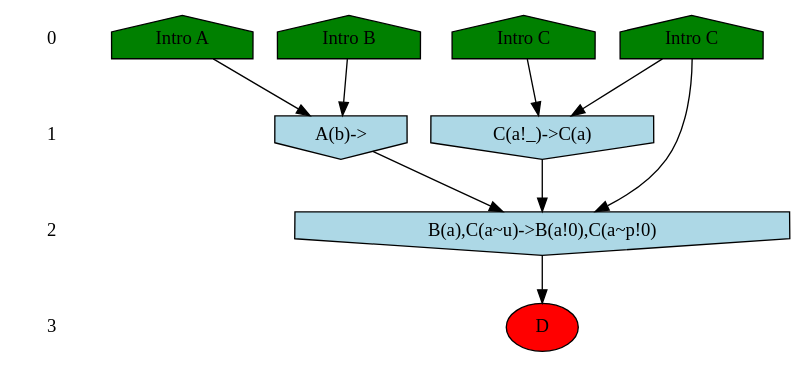
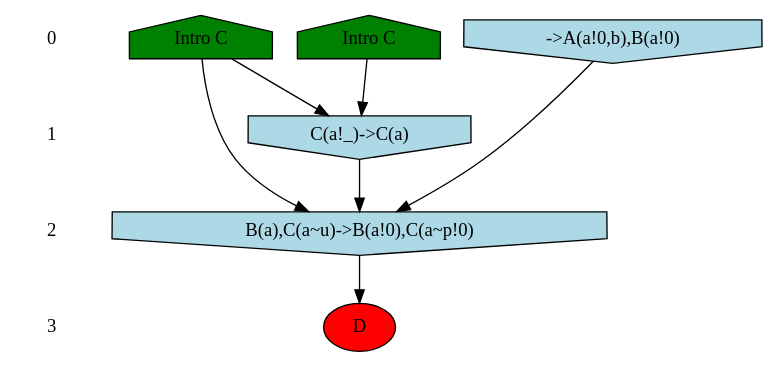
One commit to Kappa-Dev/KappaTools changed the diagram in models/cflows/side-effects2/expected-output/cflow_0.dot. Above: the diagram before and after it, drawn with Graphviz. The commit also changed 45 other files, not shown here.

```diff
--- a/models/cflows/side-effects2/expected-output/cflow_0.dot
+++ b/models/cflows/side-effects2/expected-output/cflow_0.dot
@@ -1,31 +1,27 @@
-/* Compression of 6 causal flows obtained in average at 6.650412E-01 t.u */
-/* Compressed causal flows were: [1;2;3;5;7;10] */
+/* Compression of 1 causal flows obtained in average at 1.207496E+00 t.u */
+/* Compressed causal flows were: [1] */
 digraph G{
  ranksep=.5 ; 
-{ rank = same ; "0" [shape=plaintext] ; node_1 [label ="Intro A", shape=house, style=filled, fillcolor=green] ;
-node_2 [label ="Intro B", shape=house, style=filled, fillcolor=green] ;
-node_3 [label ="Intro C", shape=house, style=filled, fillcolor=green] ;
-node_4 [label ="Intro C", shape=house, style=filled, fillcolor=green] ;
+{ rank = same ; "0" [shape=plaintext] ; node_1 [label ="Intro C", shape=house, style=filled, fillcolor=green] ;
+node_2 [label ="Intro C", shape=house, style=filled, fillcolor=green] ;
+node_4 [label="->A(a!0,b),B(a!0)", shape=invhouse, style=filled, fillcolor = lightblue] ;
 }
-{ rank = same ; "1" [shape=plaintext] ; node_5 [label="C(a!_)->C(a)", shape=invhouse, style=filled, fillcolor = lightblue] ;
-node_6 [label="A(b)->", shape=invhouse, style=filled, fillcolor = lightblue] ;
+{ rank = same ; "1" [shape=plaintext] ; node_3 [label="C(a!_)->C(a)", shape=invhouse, style=filled, fillcolor = lightblue] ;
 }
-{ rank = same ; "2" [shape=plaintext] ; node_7 [label="B(a),C(a~u)->B(a!0),C(a~p!0)", shape=invhouse, style=filled, fillcolor = lightblue] ;
+{ rank = same ; "2" [shape=plaintext] ; node_5 [label="B(a),C(a~u)->B(a!0),C(a~p!0)", shape=invhouse, style=filled, fillcolor = lightblue] ;
 }
-{ rank = same ; "3" [shape=plaintext] ; node_8 [label ="D", style=filled, fillcolor=red] ;
+{ rank = same ; "3" [shape=plaintext] ; node_6 [label ="D", style=filled, fillcolor=red] ;
 }
 "0" -> "1" [style="invis"]; 
 "1" -> "2" [style="invis"]; 
 "2" -> "3" [style="invis"]; 
+node_1 -> node_3
+node_2 -> node_3
+node_1 -> node_5
 node_3 -> node_5
 node_4 -> node_5
-node_1 -> node_6
-node_2 -> node_6
-node_3 -> node_7
-node_5 -> node_7
-node_6 -> node_7
-node_7 -> node_8
+node_5 -> node_6
 }
 /*
  Dot generation time: 0.000000
 */
```
